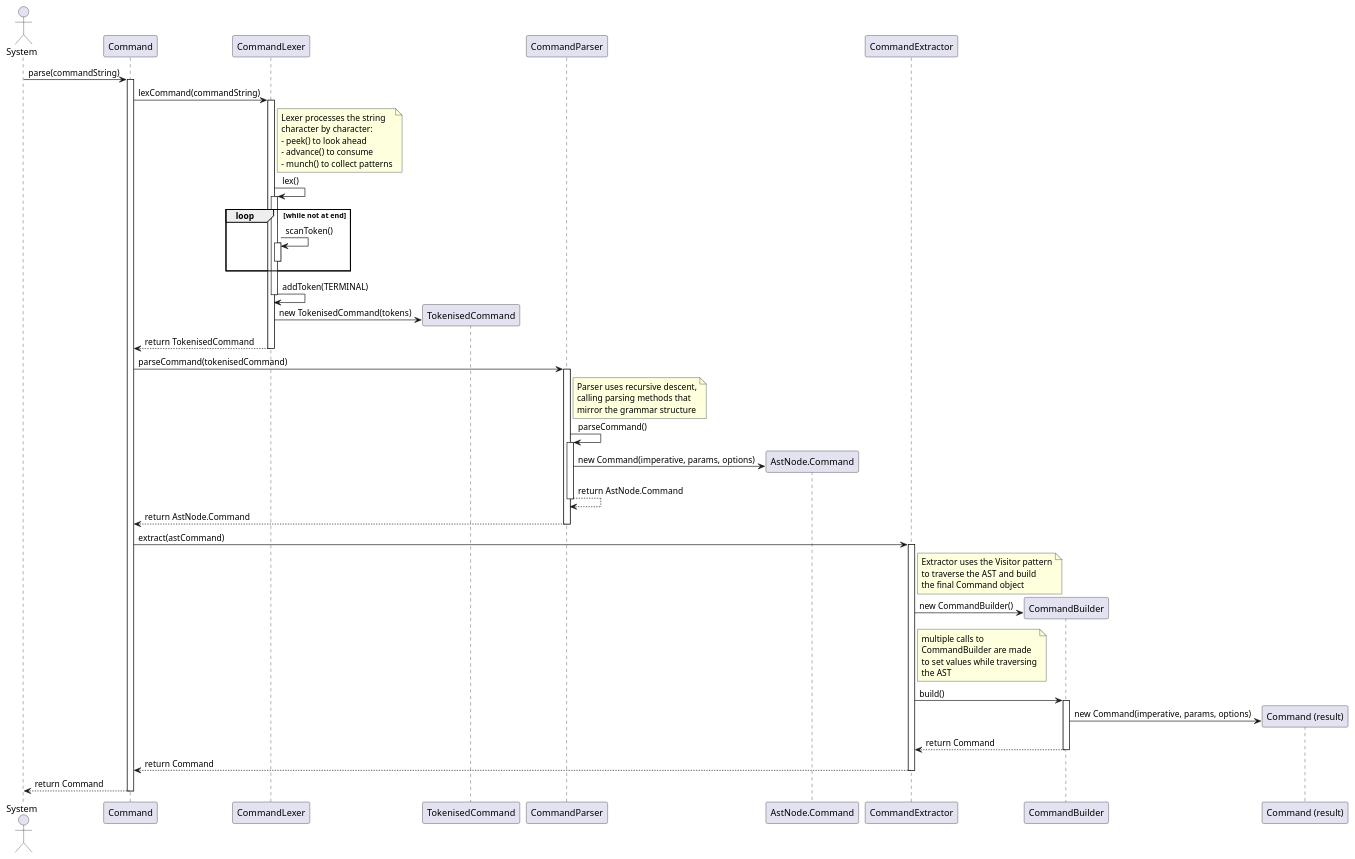
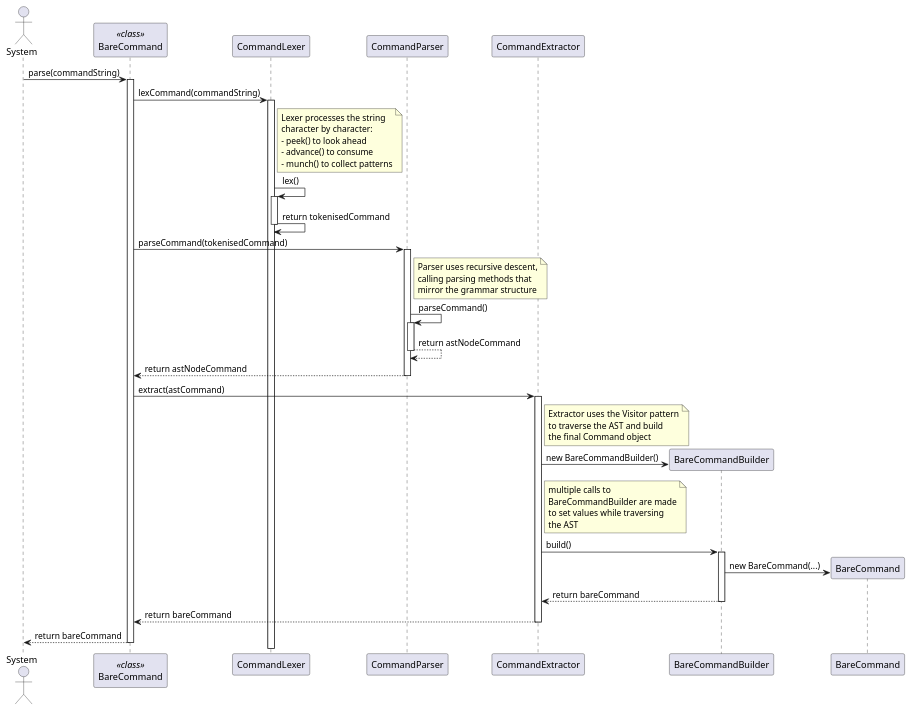
Before and after one commit to AY2526S1-CS2103T-T13-2/tp: the diagram in diagrams/assembly/RecognitionSequence.puml, drawn with PlantUML. The commit also changed 35 other files, not shown here.

```diff
--- a/diagrams/assembly/RecognitionSequence.puml
+++ b/diagrams/assembly/RecognitionSequence.puml
@@ -1,102 +1,82 @@
 @startuml
 actor System
-participant "Command" as Cmd
+participant "BareCommand" as Cmd <<class>>
 participant "CommandLexer" as Lexer
-participant "TokenisedCommand" as TokCmd
 participant "CommandParser" as Parser
-participant "AstNode.Command" as AST
 participant "CommandExtractor" as Extractor
-participant "CommandBuilder" as Builder
+participant "BareCommandBuilder" as Builder
 
 System -> Cmd: parse(commandString)
 activate Cmd
 
 ' Lexing Phase
 Cmd -> Lexer: lexCommand(commandString)
 activate Lexer
 
 note right of Lexer
   Lexer processes the string
   character by character:
   - peek() to look ahead
   - advance() to consume
   - munch() to collect patterns
 end note
 
 Lexer -> Lexer: lex()
 activate Lexer
 
-loop while not at end
-    Lexer -> Lexer: scanToken()
-
-    activate Lexer
-
-    deactivate Lexer
-end
-
-Lexer -> Lexer: addToken(TERMINAL)
-deactivate Lexer
-
-create TokCmd
-Lexer -> TokCmd: new TokenisedCommand(tokens)
-Lexer --> Cmd: return TokenisedCommand
+Lexer -> Lexer: return tokenisedCommand
 deactivate Lexer
 
 ' Parsing Phase
 Cmd -> Parser: parseCommand(tokenisedCommand)
 activate Parser
 
 note right of Parser
   Parser uses recursive descent,
   calling parsing methods that
   mirror the grammar structure
 end note
 
 Parser -> Parser: parseCommand()
 activate Parser
 
-create AST
-Parser -> AST: new Command(imperative, params, options)
-
-Parser --> Parser: return AstNode.Command
+Parser --> Parser: return astNodeCommand
 deactivate Parser
 
-Parser --> Cmd: return AstNode.Command
+Parser --> Cmd: return astNodeCommand
 deactivate Parser
 
 ' Extraction Phase
 Cmd -> Extractor: extract(astCommand)
 activate Extractor
 
 note right of Extractor
   Extractor uses the Visitor pattern
   to traverse the AST and build
   the final Command object
 end note
 
 create Builder
-Extractor -> Builder: new CommandBuilder()
+Extractor -> Builder: new BareCommandBuilder()
 
 note right of Extractor
     multiple calls to
-    CommandBuilder are made
+    BareCommandBuilder are made
     to set values while traversing
     the AST
 end note
 
-deactivate AST
-
 Extractor -> Builder: build()
 activate Builder
-create "Command (result)" as Result
-Builder -> Result: new Command(imperative, params, options)
-Builder --> Extractor: return Command
+create "BareCommand" as Result
+Builder -> Result: new BareCommand(...)
+Builder --> Extractor: return bareCommand
 deactivate Builder
 
-Extractor --> Cmd: return Command
+Extractor --> Cmd: return bareCommand
 deactivate Extractor
 
-Cmd --> System: return Command
+Cmd --> System: return bareCommand
 deactivate Cmd
 
 @enduml
```
